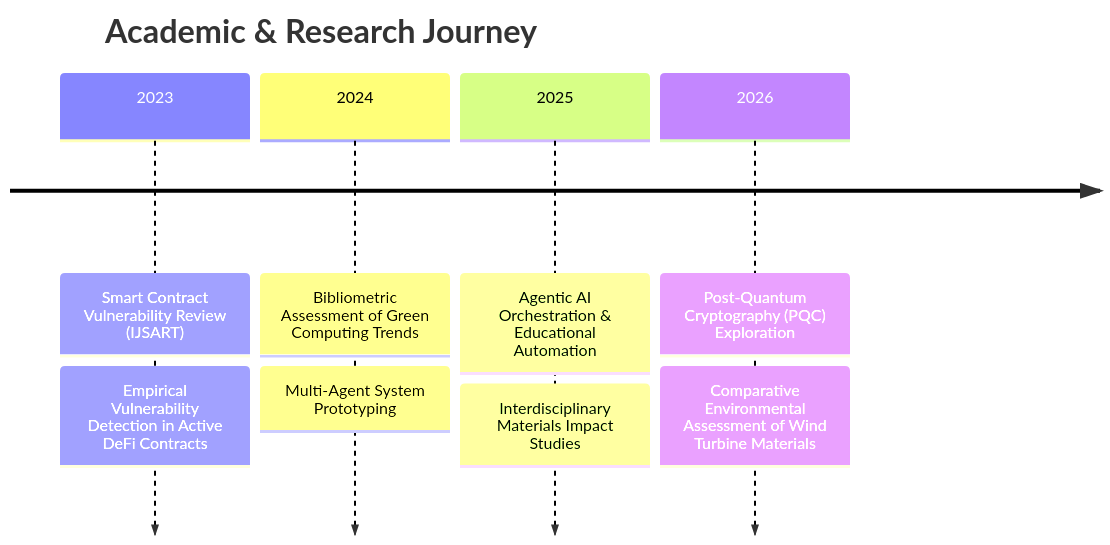
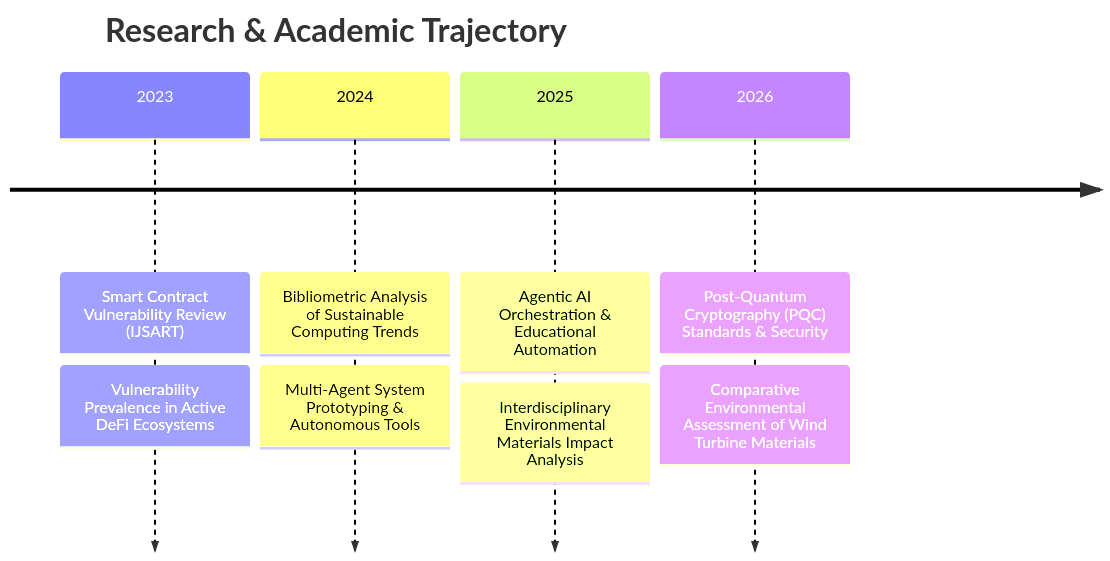
The second of 2 diagrams in README.md (CaptanJackSparr0w/CaptanJackSparr0w), drawn with Mermaid before and after one commit. The commit also changed other lines of this file, not shown here.

Commit message:
Redesign profile README with high-impact visual aesthetics, interactive terminal, and card layouts

````diff
--- a/README.md
+++ b/README.md
@@ -167,12 +164,12 @@
 ```mermaid
 timeline
-    title Academic & Research Journey
+    title Research & Academic Trajectory
     2023 : Smart Contract Vulnerability Review (IJSART)
-         : Empirical Vulnerability Detection in Active DeFi Contracts
-    2024 : Bibliometric Assessment of Green Computing Trends
-         : Multi-Agent System Prototyping
+         : Vulnerability Prevalence in Active DeFi Ecosystems
+    2024 : Bibliometric Analysis of Sustainable Computing Trends
+         : Multi-Agent System Prototyping & Autonomous Tools
     2025 : Agentic AI Orchestration & Educational Automation
-         : Interdisciplinary Materials Impact Studies
-    2026 : Post-Quantum Cryptography (PQC) Exploration
+         : Interdisciplinary Environmental Materials Impact Analysis
+    2026 : Post-Quantum Cryptography (PQC) Standards & Security
          : Comparative Environmental Assessment of Wind Turbine Materials
 ```
````
